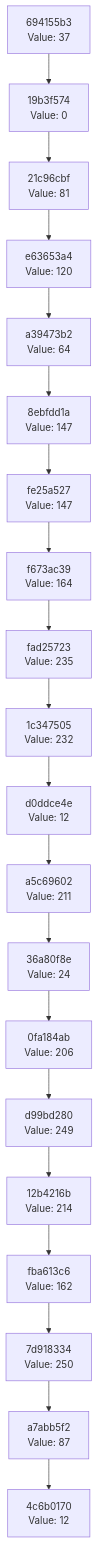
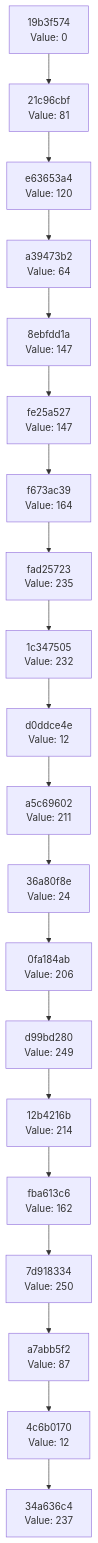
Before and after one commit to Abhisheksinha1506/hash-chain-evolver: the diagram in docs/CHAIN_VISUALIZATION.md, drawn with Mermaid. The commit also changed 2 other files, not shown here.

Commit message:
Evolution Step

````diff
--- a/docs/CHAIN_VISUALIZATION.md
+++ b/docs/CHAIN_VISUALIZATION.md
@@ -3,42 +3,42 @@
 ```mermaid
 graph TD
-    C0["4c6b0170<br/>Value: 12"]
-    C1["a7abb5f2<br/>Value: 87"]
+    C0["34a636c4<br/>Value: 237"]
+    C1["4c6b0170<br/>Value: 12"]
     C1 --> C0
-    C2["7d918334<br/>Value: 250"]
+    C2["a7abb5f2<br/>Value: 87"]
     C2 --> C1
-    C3["fba613c6<br/>Value: 162"]
+    C3["7d918334<br/>Value: 250"]
     C3 --> C2
-    C4["12b4216b<br/>Value: 214"]
+    C4["fba613c6<br/>Value: 162"]
     C4 --> C3
-    C5["d99bd280<br/>Value: 249"]
+    C5["12b4216b<br/>Value: 214"]
     C5 --> C4
-    C6["0fa184ab<br/>Value: 206"]
+    C6["d99bd280<br/>Value: 249"]
     C6 --> C5
-    C7["36a80f8e<br/>Value: 24"]
+    C7["0fa184ab<br/>Value: 206"]
     C7 --> C6
-    C8["a5c69602<br/>Value: 211"]
+    C8["36a80f8e<br/>Value: 24"]
     C8 --> C7
-    C9["d0ddce4e<br/>Value: 12"]
+    C9["a5c69602<br/>Value: 211"]
     C9 --> C8
-    C10["1c347505<br/>Value: 232"]
+    C10["d0ddce4e<br/>Value: 12"]
     C10 --> C9
-    C11["fad25723<br/>Value: 235"]
+    C11["1c347505<br/>Value: 232"]
     C11 --> C10
-    C12["f673ac39<br/>Value: 164"]
+    C12["fad25723<br/>Value: 235"]
     C12 --> C11
-    C13["fe25a527<br/>Value: 147"]
+    C13["f673ac39<br/>Value: 164"]
     C13 --> C12
-    C14["8ebfdd1a<br/>Value: 147"]
+    C14["fe25a527<br/>Value: 147"]
     C14 --> C13
-    C15["a39473b2<br/>Value: 64"]
+    C15["8ebfdd1a<br/>Value: 147"]
     C15 --> C14
-    C16["e63653a4<br/>Value: 120"]
+    C16["a39473b2<br/>Value: 64"]
     C16 --> C15
-    C17["21c96cbf<br/>Value: 81"]
+    C17["e63653a4<br/>Value: 120"]
     C17 --> C16
-    C18["19b3f574<br/>Value: 0"]
+    C18["21c96cbf<br/>Value: 81"]
     C18 --> C17
-    C19["694155b3<br/>Value: 37"]
+    C19["19b3f574<br/>Value: 0"]
     C19 --> C18
 ```
````
